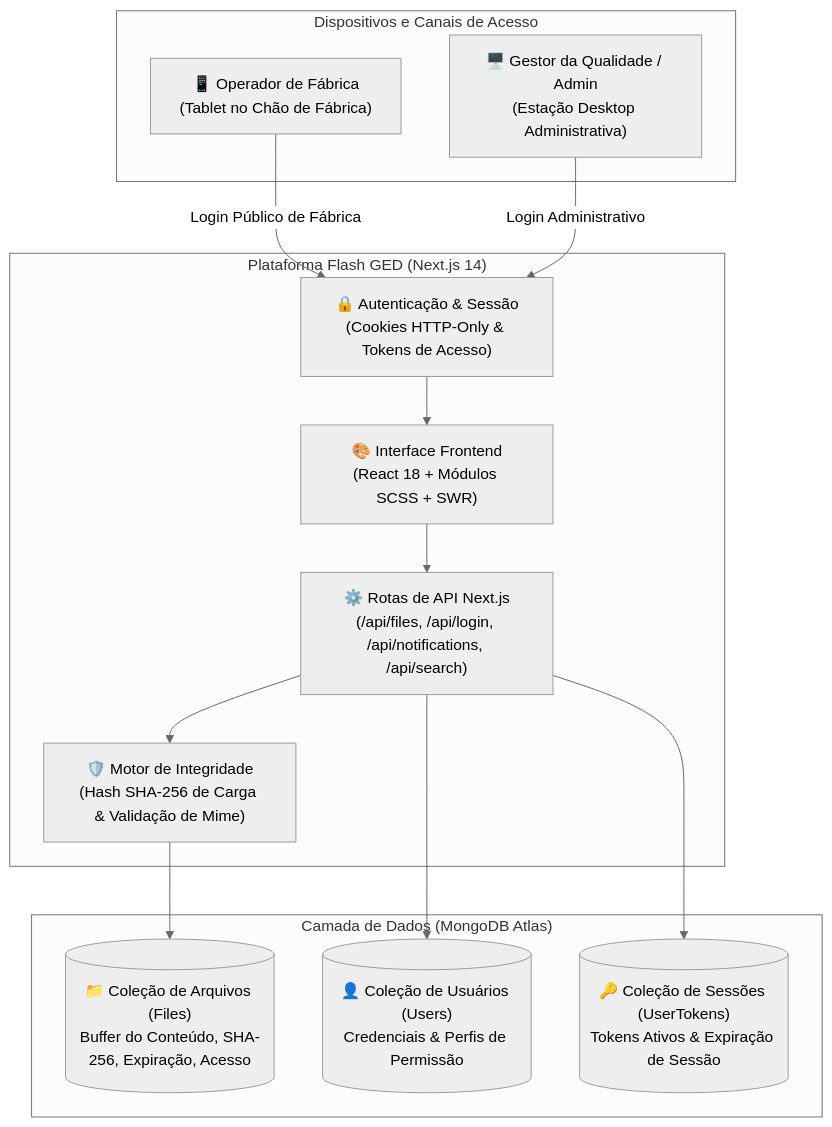
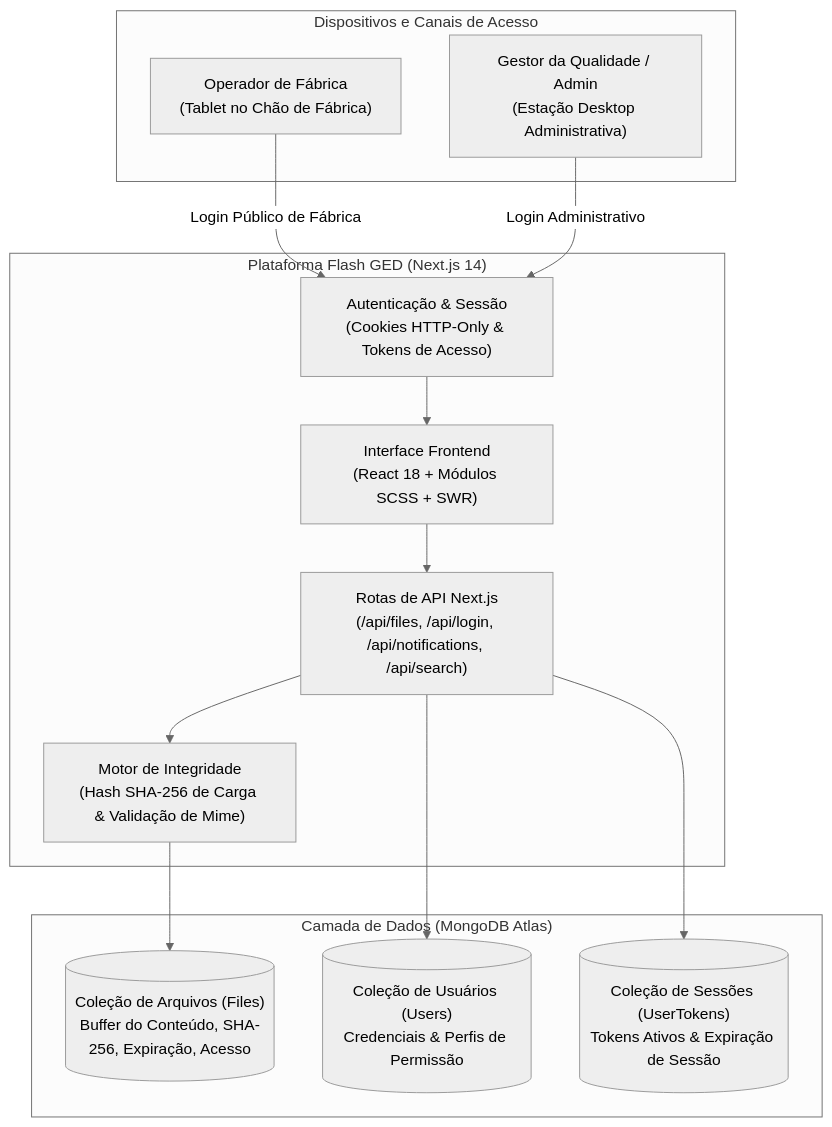
The diagram in README.pt-BR.md (Alphka/Flash-Upload-Server), drawn with Mermaid (neutral theme) before and after one commit. The commit also changed other lines of this file and 2 other files, not shown here.

````diff
--- a/README.pt-BR.md
+++ b/README.pt-BR.md
@@ -90,29 +112,29 @@
 ```mermaid
 flowchart TD
     subgraph Clientes["Dispositivos e Canais de Acesso"]
-        Op["📱 Operador de Fábrica<br/>(Tablet no Chão de Fábrica)"]
-        Adm["🖥️ Gestor da Qualidade / Admin<br/>(Estação Desktop Administrativa)"]
+        Op["Operador de Fábrica<br/>(Tablet no Chão de Fábrica)"]
+        Adm["Gestor da Qualidade / Admin<br/>(Estação Desktop Administrativa)"]
     end
 
     subgraph Plataforma["Plataforma Flash GED (Next.js 14)"]
-        Auth["🔒 Autenticação & Sessão<br/>(Cookies HTTP-Only & Tokens de Acesso)"]
-        UI["🎨 Interface Frontend<br/>(React 18 + Módulos SCSS + SWR)"]
-        API["⚙️ Rotas de API Next.js<br/>(/api/files, /api/login, /api/notifications, /api/search)"]
-        Crypto["🛡️ Motor de Integridade<br/>(Hash SHA-256 de Carga & Validação de Mime)"]
+        Auth["Autenticação & Sessão<br/>(Cookies HTTP-Only & Tokens de Acesso)"]
+        UI["Interface Frontend<br/>(React 18 + Módulos SCSS + SWR)"]
+        API["Rotas de API Next.js<br/>(/api/files, /api/login, /api/notifications, /api/search)"]
+        Crypto["Motor de Integridade<br/>(Hash SHA-256 de Carga & Validação de Mime)"]
     end
 
     subgraph Banco["Camada de Dados (MongoDB Atlas)"]
-        ColFiles[("📁 Coleção de Arquivos (Files)<br/>Buffer do Conteúdo, SHA-256, Expiração, Acesso")]
-        ColUsers[("👤 Coleção de Usuários (Users)<br/>Credenciais & Perfis de Permissão")]
-        ColTokens[("🔑 Coleção de Sessões (UserTokens)<br/>Tokens Ativos & Expiração de Sessão")]
+        ColFiles[("Coleção de Arquivos (Files)<br/>Buffer do Conteúdo, SHA-256, Expiração, Acesso")]
+        ColUsers[("Coleção de Usuários (Users)<br/>Credenciais & Perfis de Permissão")]
+        ColTokens[("Coleção de Sessões (UserTokens)<br/>Tokens Ativos & Expiração de Sessão")]
     end
 
     Op -->|Login Público de Fábrica| Auth
     Adm -->|Login Administrativo| Auth
     Auth --> UI
     UI --> API
     API --> Crypto
     Crypto --> ColFiles
     API --> ColUsers
     API --> ColTokens
 ```
````
